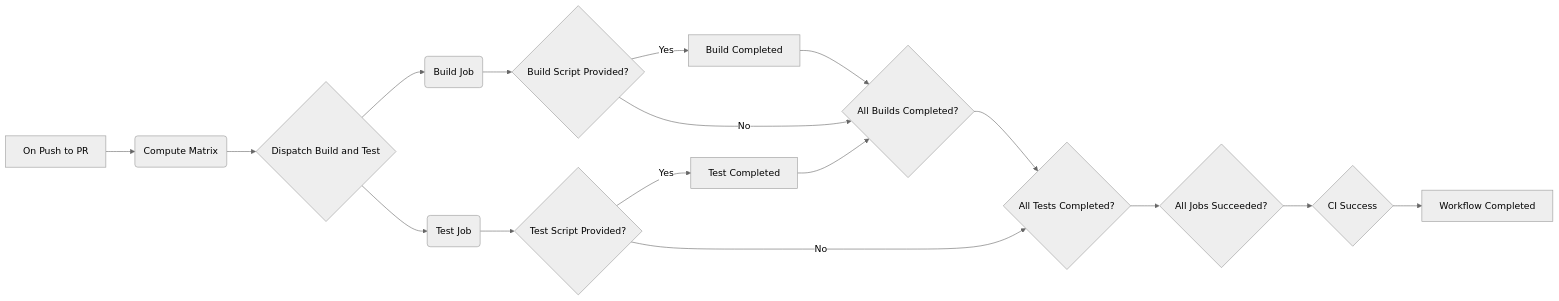
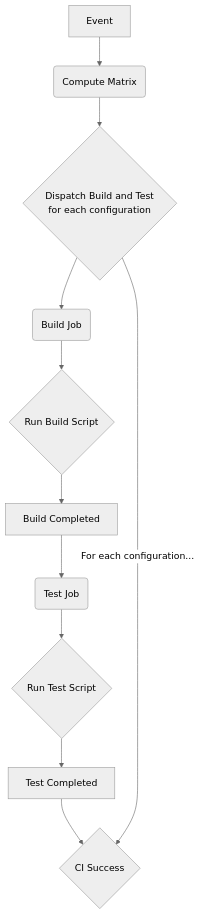
The diagram in README.md (NVIDIA/cccl), drawn with Mermaid (neutral theme) before and after one commit.

Commit message:
Better diagram

````diff
--- a/README.md
+++ b/README.md
@@ -7,19 +7,13 @@
 ```mermaid
-graph LR
-  A[On Push to PR] --> D(Compute Matrix)
-  D --> E{Dispatch Build and Test}
-  E --> F(Build Job)
-  E --> G(Test Job)
-  F --> H{Build Script Provided?}
-  G --> I{Test Script Provided?}
-  H -- Yes --> J[Build Completed]
-  I -- Yes --> K[Test Completed]
-  J --> L{All Builds Completed?}
-  K --> L
-  L --> M{All Tests Completed?}
-  M --> N{All Jobs Succeeded?}
-  N --> O{CI Success}
-  O --> P[Workflow Completed]
-  H -- No --> L
-  I -- No --> M
+graph TD
+  A[Event] --> D(Compute Matrix)
+  D --> E{Dispatch Build and Test \n for each configuration}
+  E --> F1(Build Job)
+  F1 --> H1{Run Build Script}
+  H1 --> J1[Build Completed]
+  J1 --> G1(Test Job)
+  G1 --> I1{Run Test Script}
+  I1 --> L1[Test Completed]
+  L1 --> O{CI Success}
+  E -- For each configuration... --> O
 ```
````
